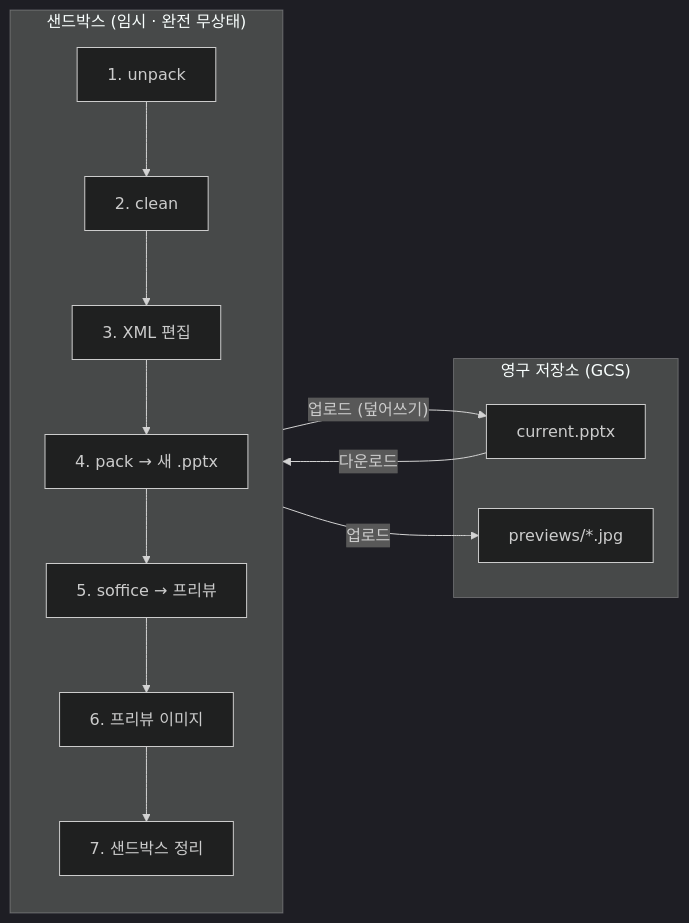
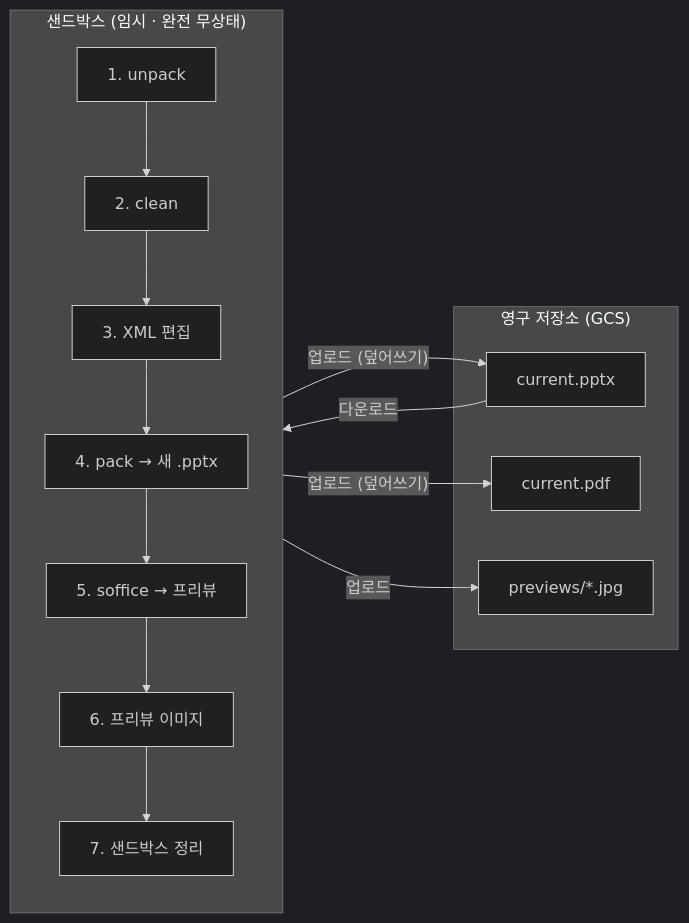
Before and after one commit to Teamie71/folioo-ai: the diagram in docs/architecture/worker-spec.md, drawn with Mermaid (dark theme). The commit also changed 3 other files, not shown here.

````diff
--- a/docs/architecture/worker-spec.md
+++ b/docs/architecture/worker-spec.md
@@ -16,14 +16,16 @@
 ```mermaid
 flowchart LR
     subgraph PERM["영구 저장소 (GCS)"]
         P1["current.pptx"]
-        P2["previews/*.jpg"]
+        P2["current.pdf"]
+        P3["previews/*.jpg"]
     end
     subgraph SBX["샌드박스 (임시 · 완전 무상태)"]
         direction TB
         T1["1. unpack"] --> T2["2. clean"] --> T3["3. XML 편집"] --> T4["4. pack → 새 .pptx"] --> T5["5. soffice → 프리뷰"] --> T6["6. 프리뷰 이미지"] --> T7["7. 샌드박스 정리"]
     end
     P1 -->|"다운로드"| T1
     T4 -->|"업로드 (덮어쓰기)"| P1
-    T6 -->|"업로드"| P2
+    T5 -->|"업로드 (덮어쓰기)"| P2
+    T6 -->|"업로드"| P3
 ```
````
